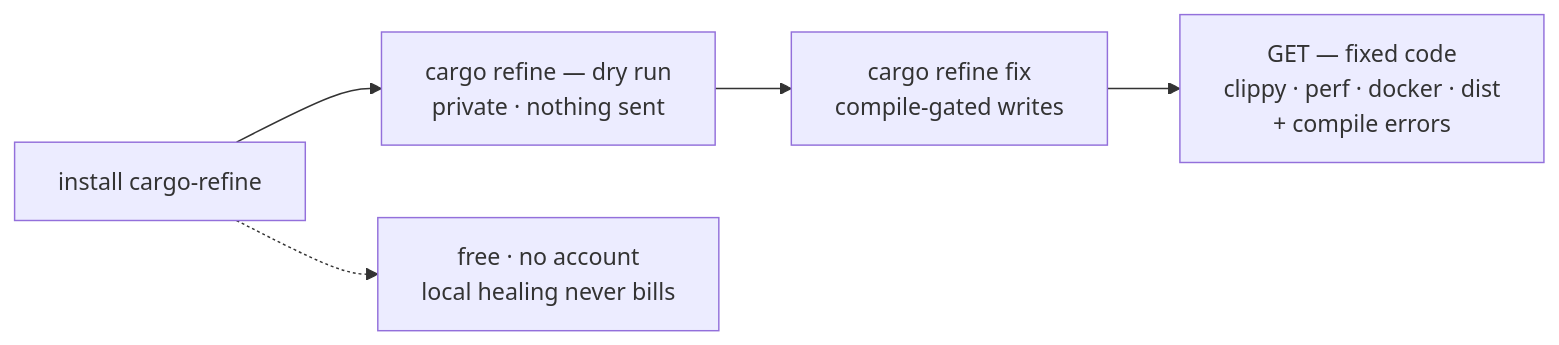
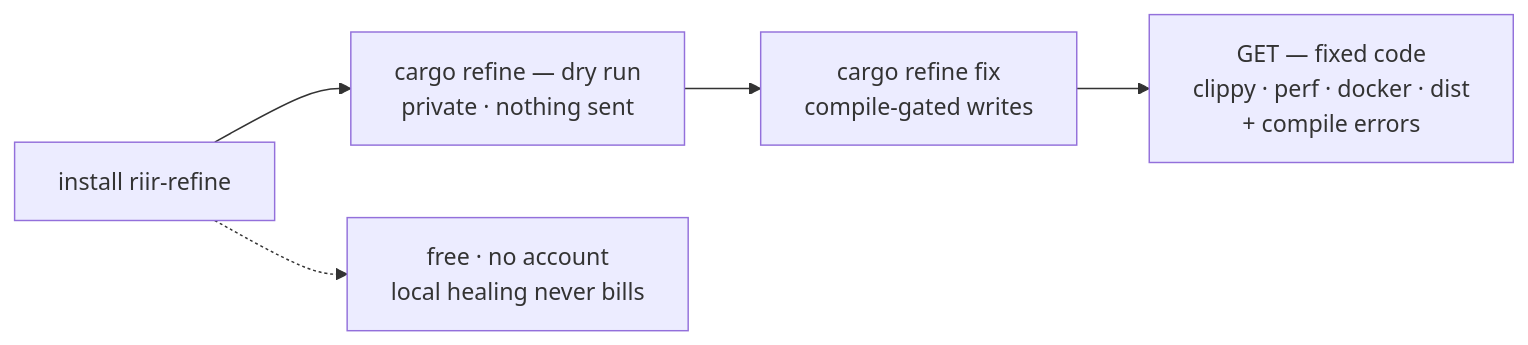
One commit to riir-ai/riir-refine changed the first of 4 diagrams in .docs/01_orientation/role_flows.md. Above: the diagram before and after it, drawn with Mermaid. The commit also changed other lines of this file and 7 other files, not shown here.

First line of the commit message:
docs(244): cargo install riir-refine — riir-refine 0.5.2 + cargo-refine 0.5.3 published

````diff
--- a/.docs/01_orientation/role_flows.md
+++ b/.docs/01_orientation/role_flows.md
@@ -31,7 +31,7 @@
 ```mermaid
 flowchart LR
-    INST["install cargo-refine"] --> DRY["cargo refine — dry run<br/>private · nothing sent"]
+    INST["install riir-refine"] --> DRY["cargo refine — dry run<br/>private · nothing sent"]
     DRY --> FIX["cargo refine fix<br/>compile-gated writes"]
     FIX --> GET["GET — fixed code<br/>clippy · perf · docker · dist<br/>+ compile errors"]
     INST -.-> FREE["free · no account<br/>local healing never bills"]
 ```
````
